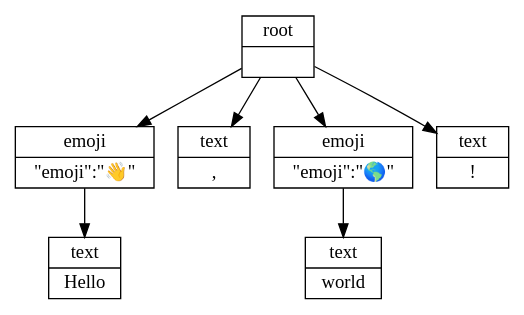
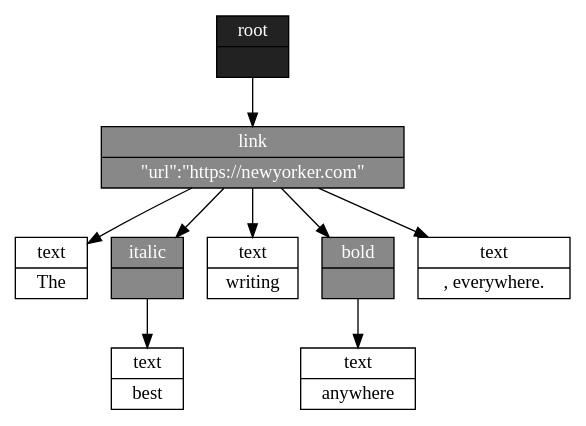
Before and after one commit to CondeNast/atjson: the diagram in packages/@atjson/renderer-graphviz/example.dot, drawn with Graphviz. The commit also changed 170 other files, not shown here.

```diff
--- a/packages/@atjson/renderer-graphviz/example.dot
+++ b/packages/@atjson/renderer-graphviz/example.dot
@@ -1,16 +1,20 @@
 digraph atjson{
   node [shape=record];
-  root1 [label="{root|{}}"];
-  emoji2 [label="{emoji|{\"emoji\":\"👋\"}}"];
-  text3 [label="{text|Hello}"];
-  text4 [label="{text|, }"];
-  emoji5 [label="{emoji|{\"emoji\":\"🌎\"}}"];
-  text6 [label="{text|world}"];
-  text7 [label="{text|!}"];
-  emoji2 -> text3;
-  root1 -> emoji2;
-  root1 -> text4;
-  emoji5 -> text6;
-  root1 -> emoji5;
-  root1 -> text7;
+  root1 [label="{root|{}}" style=filled fillcolor="#222222" fontcolor="#FFFFFF"];
+  link2 [label="{link|{\"url\":\"https://newyorker.com\"}}" style=filled fillcolor="#888888" fontcolor="#FFFFFF"];
+  text3 [label="{text|The }" style=filled fillcolor="#FFFFFF" fontcolor="#000000"];
+  italic4 [label="{italic|{}}" style=filled fillcolor="#888888" fontcolor="#FFFFFF"];
+  text5 [label="{text|best}" style=filled fillcolor="#FFFFFF" fontcolor="#000000"];
+  text6 [label="{text| writing }" style=filled fillcolor="#FFFFFF" fontcolor="#000000"];
+  bold7 [label="{bold|{}}" style=filled fillcolor="#888888" fontcolor="#FFFFFF"];
+  text8 [label="{text|anywhere}" style=filled fillcolor="#FFFFFF" fontcolor="#000000"];
+  text9 [label="{text|, everywhere.}" style=filled fillcolor="#FFFFFF" fontcolor="#000000"];
+  link2 -> text3;
+  italic4 -> text5;
+  link2 -> italic4;
+  link2 -> text6;
+  bold7 -> text8;
+  link2 -> bold7;
+  link2 -> text9;
+  root1 -> link2;
 }
```
